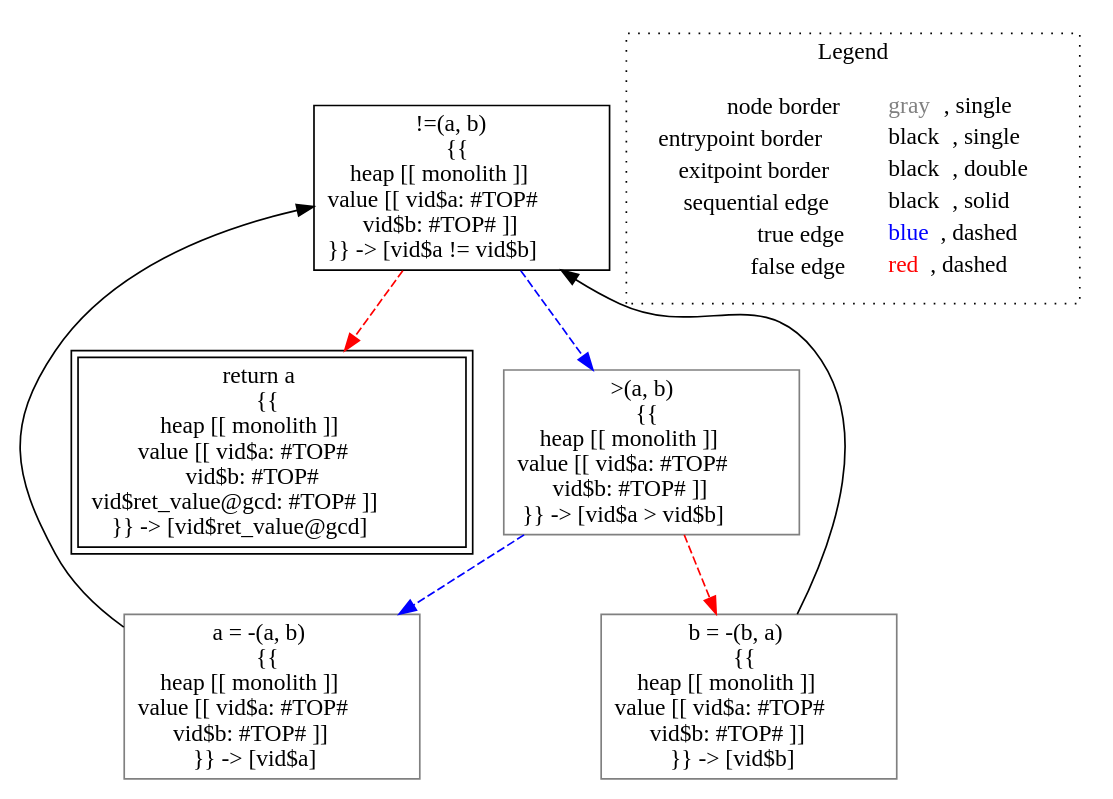
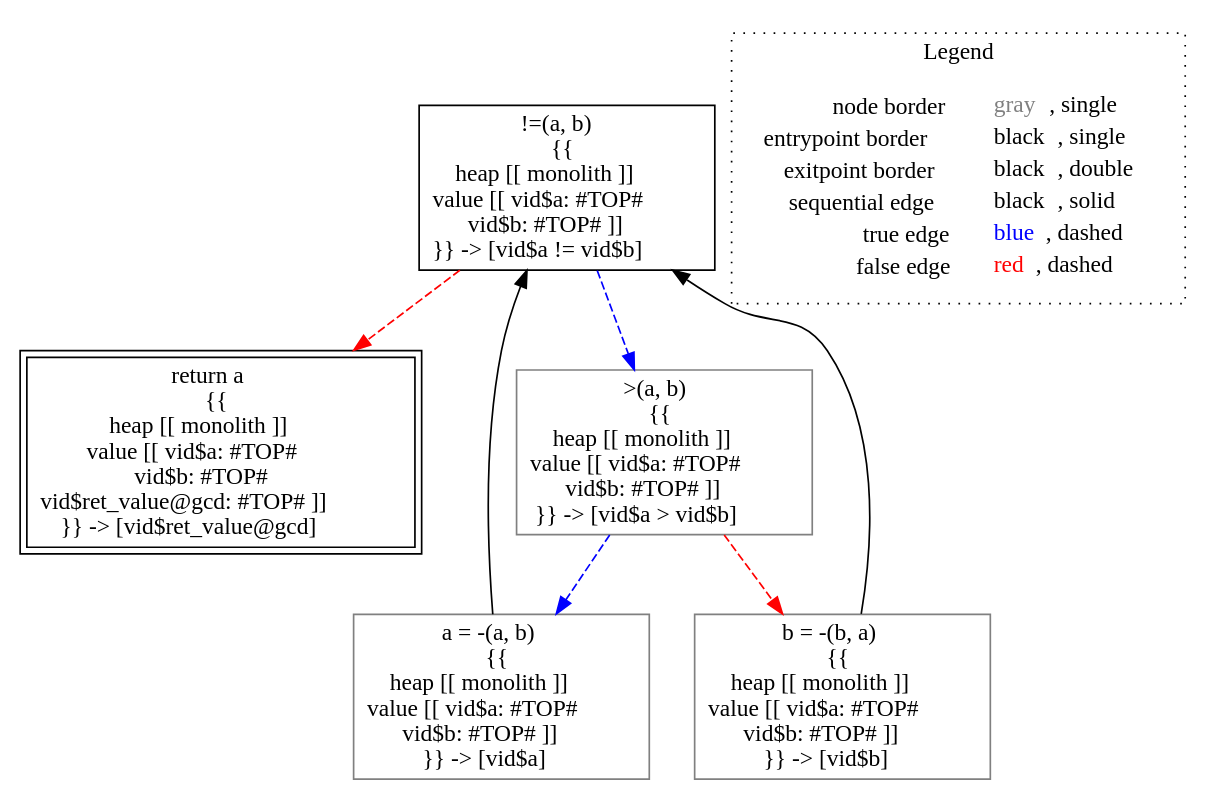
One commit to lisa-analyzer/lisa changed the diagram in lisa/imp-testcases/int-const/analysis___untyped_tutorial.gcd(untyped_a,_untyped_b).dot. Above: the diagram before and after it, drawn with Graphviz. The commit also changed 29 other files, not shown here.

```diff
--- a/lisa/imp-testcases/int-const/analysis___untyped_tutorial.gcd(untyped_a,_untyped_b).dot
+++ b/lisa/imp-testcases/int-const/analysis___untyped_tutorial.gcd(untyped_a,_untyped_b).dot
@@ -1,20 +1,20 @@
 digraph {
 	"node0" [shape="rect",color="black",label=<!=(a, b)<BR/>{{<BR/>heap [[ monolith ]]<BR/>value [[ vid$a: #TOP#<BR/>vid$b: #TOP# ]]<BR/>}} -&gt; [vid$a != vid$b]>];
-	"node1" [shape="rect",color="gray",label=<a = -(a, b)<BR/>{{<BR/>heap [[ monolith ]]<BR/>value [[ vid$a: #TOP#<BR/>vid$b: #TOP# ]]<BR/>}} -&gt; [vid$a]>];
-	"node2" [shape="rect",color="gray",label=<&gt;(a, b)<BR/>{{<BR/>heap [[ monolith ]]<BR/>value [[ vid$a: #TOP#<BR/>vid$b: #TOP# ]]<BR/>}} -&gt; [vid$a &gt; vid$b]>];
+	"node1" [shape="rect",color="black",peripheries="2",label=<return a<BR/>{{<BR/>heap [[ monolith ]]<BR/>value [[ vid$a: #TOP#<BR/>vid$b: #TOP#<BR/>vid$ret_value@gcd: #TOP# ]]<BR/>}} -&gt; [vid$ret_value@gcd]>];
+	"node2" [shape="rect",color="gray",label=<a = -(a, b)<BR/>{{<BR/>heap [[ monolith ]]<BR/>value [[ vid$a: #TOP#<BR/>vid$b: #TOP# ]]<BR/>}} -&gt; [vid$a]>];
 	"node3" [shape="rect",color="gray",label=<b = -(b, a)<BR/>{{<BR/>heap [[ monolith ]]<BR/>value [[ vid$a: #TOP#<BR/>vid$b: #TOP# ]]<BR/>}} -&gt; [vid$b]>];
-	"node4" [shape="rect",color="black",peripheries="2",label=<return a<BR/>{{<BR/>heap [[ monolith ]]<BR/>value [[ vid$a: #TOP#<BR/>vid$b: #TOP#<BR/>vid$ret_value@gcd: #TOP# ]]<BR/>}} -&gt; [vid$ret_value@gcd]>];
-	"node0" -> "node2" [color="blue",style="dashed"];
-	"node0" -> "node4" [color="red",style="dashed"];
-	"node1" -> "node0" [color="black"];
-	"node2" -> "node1" [color="blue",style="dashed"];
-	"node2" -> "node3" [color="red",style="dashed"];
+	"node4" [shape="rect",color="gray",label=<&gt;(a, b)<BR/>{{<BR/>heap [[ monolith ]]<BR/>value [[ vid$a: #TOP#<BR/>vid$b: #TOP# ]]<BR/>}} -&gt; [vid$a &gt; vid$b]>];
+	"node2" -> "node0" [color="black"];
 	"node3" -> "node0" [color="black"];
+	"node0" -> "node1" [color="red",style="dashed"];
+	"node0" -> "node4" [color="blue",style="dashed"];
+	"node4" -> "node2" [color="blue",style="dashed"];
+	"node4" -> "node3" [color="red",style="dashed"];
 subgraph cluster_legend {
 	label="Legend";
 	style=dotted;
 	node [shape=plaintext];
 	"legend" [label=<<table border="0" cellpadding="2" cellspacing="0" cellborder="0"><tr><td align="right">node border&nbsp;</td><td align="left"><font color="gray">gray</font>, single</td></tr><tr><td align="right">entrypoint border&nbsp;</td><td align="left"><font color="black">black</font>, single</td></tr><tr><td align="right">exitpoint border&nbsp;</td><td align="left"><font color="black">black</font>, double</td></tr><tr><td align="right">sequential edge&nbsp;</td><td align="left"><font color="black">black</font>, solid</td></tr><tr><td align="right">true edge&nbsp;</td><td align="left"><font color="blue">blue</font>, dashed</td></tr><tr><td align="right">false edge&nbsp;</td><td align="left"><font color="red">red</font>, dashed</td></tr></table>>];
 }
 
 }
```
